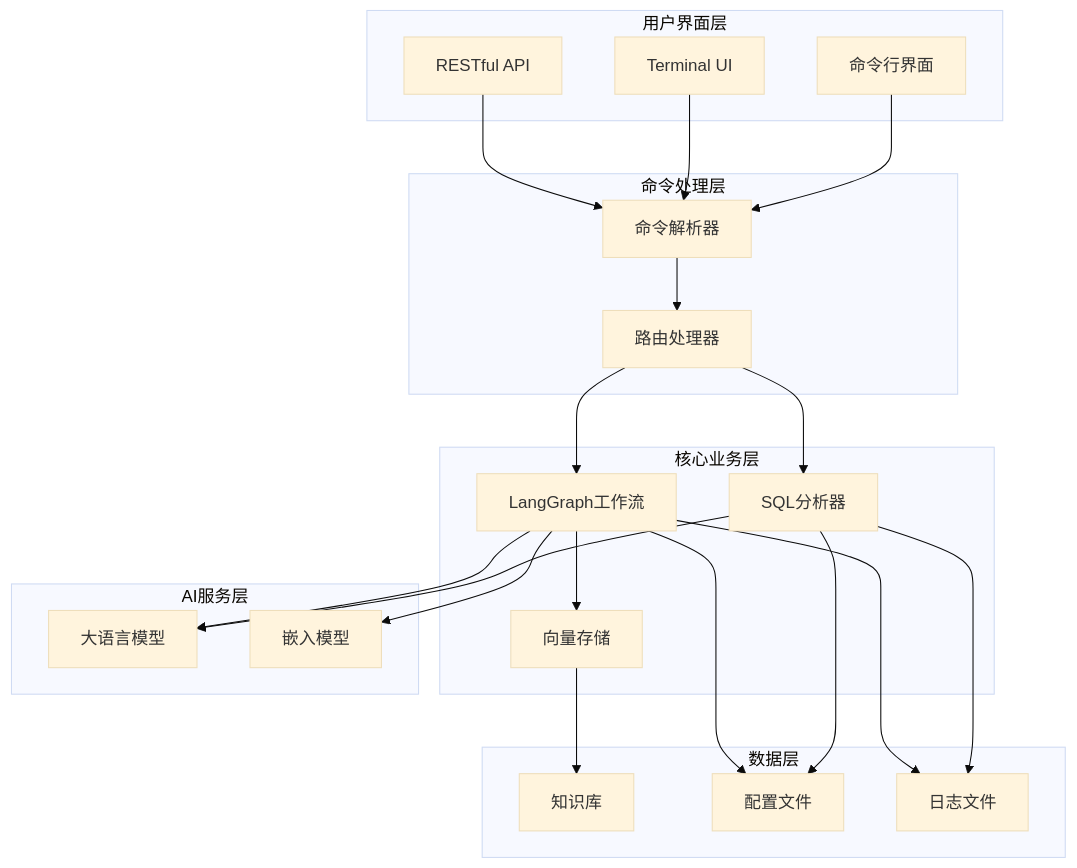
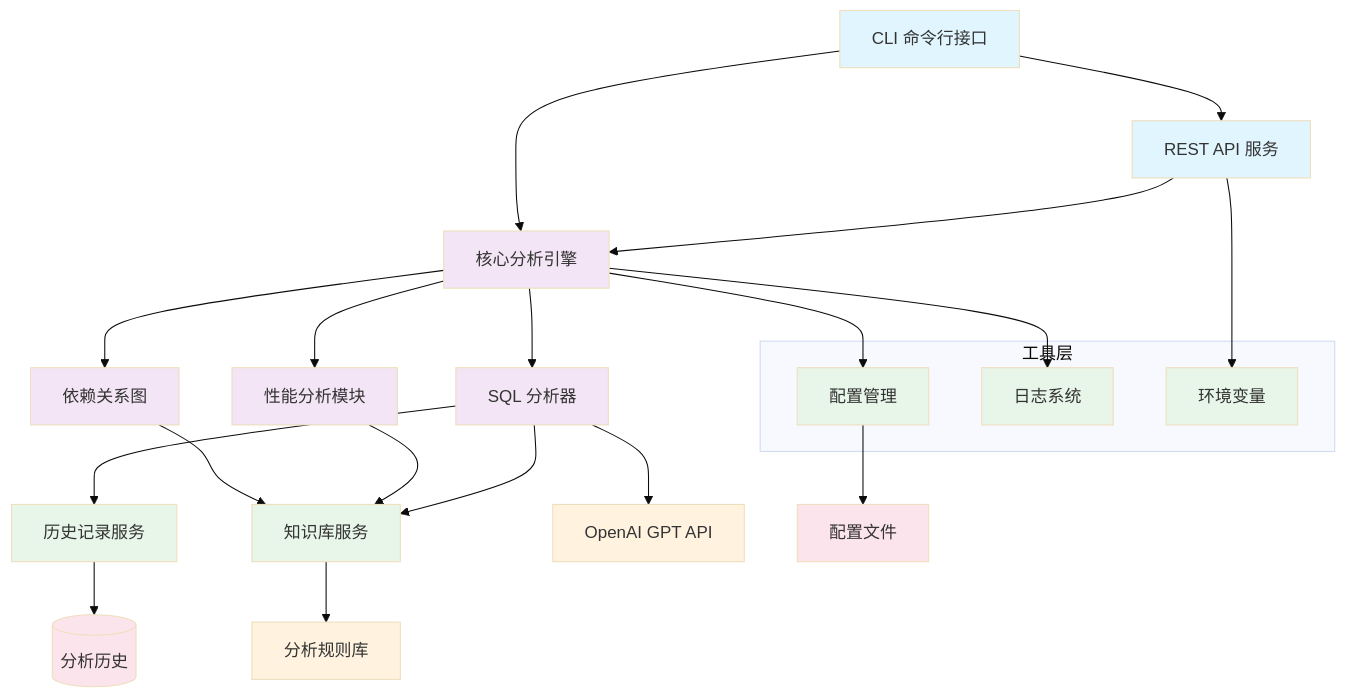
One commit to sewardsheng/sql-analyzer-cli changed the diagram in README.md. Above: the diagram before and after it, drawn with Mermaid (base theme). The commit also changed other lines of this file and 18 other files, not shown here.

````diff
--- a/README.md
+++ b/README.md
@@ -20,50 +89,52 @@
 ```mermaid
 graph TB
-    subgraph "用户界面层"
-        CLI[命令行界面]
-        TUI[Terminal UI]
-        API[RESTful API]
+    %% 用户接口层
+    CLI[CLI 命令行接口] --> API[REST API 服务]
+    
+    %% 核心分析层
+    API --> Core[核心分析引擎]
+    CLI --> Core
+    
+    %% 核心组件
+    Core --> Analyzer[SQL 分析器]
+    Core --> Performance[性能分析模块]
+    Core --> Graph[依赖关系图]
+    
+    %% 服务层
+    Analyzer --> Knowledge[知识库服务]
+    Analyzer --> History[历史记录服务]
+    Performance --> Knowledge
+    Graph --> Knowledge
+    
+    %% 外部依赖
+    Knowledge --> Rules[分析规则库]
+    Analyzer --> AI[OpenAI GPT API]
+    
+    %% 工具层
+    subgraph Utils[工具层]
+        Config[配置管理]
+        Logger[日志系统]
+        Env[环境变量]
     end
     
-    subgraph "命令处理层"
-        Parser[命令解析器]
-        Router[路由处理器]
-    end
+    Core --> Config
+    Core --> Logger
+    API --> Env
     
-    subgraph "核心业务层"
-        Analyzer[SQL分析器]
-        Graph[LangGraph工作流]
-        VectorStore[向量存储]
-    end
+    %% 数据存储
+    History --> DB[(分析历史)]
+    Config --> ConfigFiles[配置文件]
     
-    subgraph "AI服务层"
-        LLM[大语言模型]
-        Embedding[嵌入模型]
-    end
+    %% 样式
+    classDef userInterface fill:#e1f5fe
+    classDef core fill:#f3e5f5
+    classDef service fill:#e8f5e9
+    classDef external fill:#fff3e0
+    classDef storage fill:#fce4ec
     
-    subgraph "数据层"
-        Knowledge[知识库]
-        Config[配置文件]
-        Logs[日志文件]
-    end
-    
-    CLI --> Parser
-    TUI --> Parser
-    API --> Parser
-    
-    Parser --> Router
-    Router --> Analyzer
-    Router --> Graph
-    
-    Analyzer --> LLM
-    Graph --> LLM
-    Graph --> Embedding
-    Graph --> VectorStore
-    
-    VectorStore --> Knowledge
-    Analyzer --> Config
-    Graph --> Config
-    
-    Analyzer --> Logs
-    Graph --> Logs
+    class CLI,API userInterface
+    class Core,Analyzer,Performance,Graph core
+    class Knowledge,History,Config,Logger,Env service
+    class AI,Rules external
+    class DB,ConfigFiles storage
 ```
````
